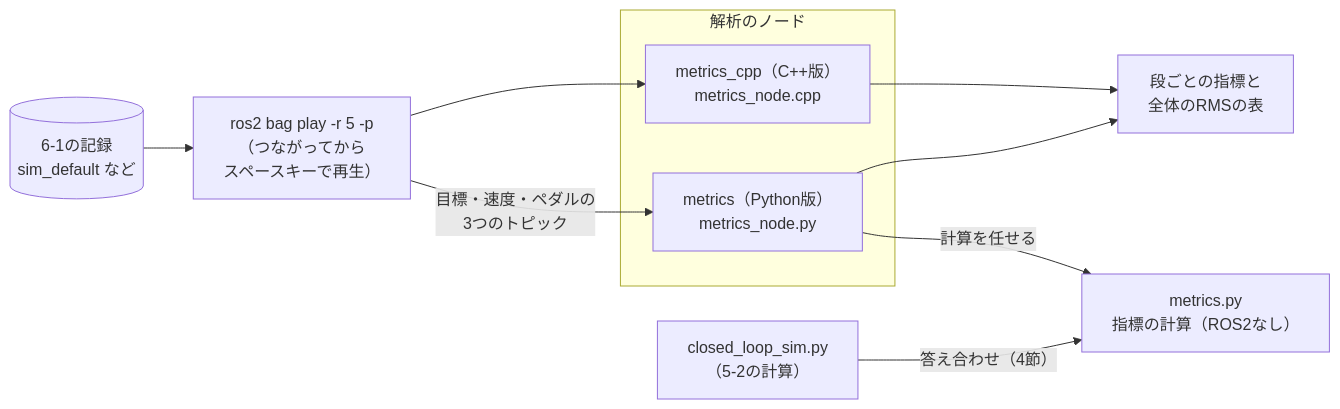
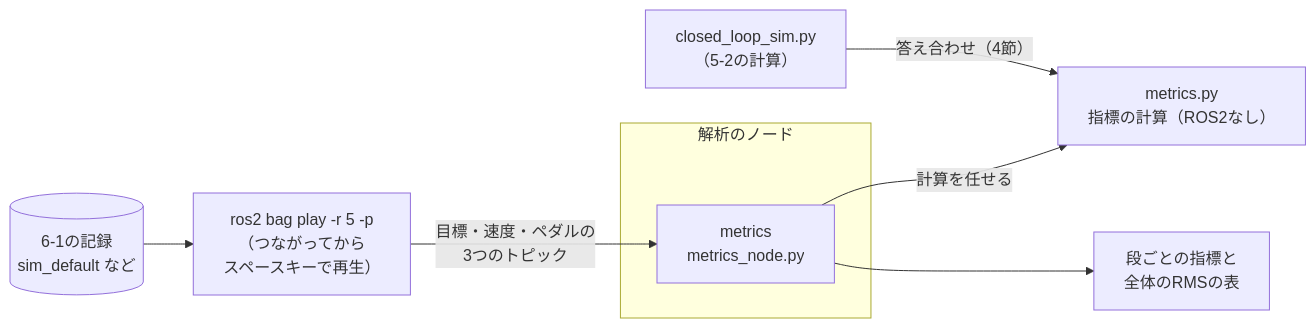
Before and after one commit to SanghunIm1991/ros2MinimalPhysicalAi: the diagram in docs/phase6_3_metrics.md, drawn with Mermaid. The commit also changed other lines of this file and 8 other files, not shown here.

Commit message:
[claude] フェーズ6-3からC++版（8節）を削り、節番号の繰り上げと全体の一貫性の見直し（2-1節の参照、フェーズ7の本筋との食い違い、図）、ほかの文書の参照・README・学習計画を更新。QA表に記録

````diff
--- a/docs/phase6_3_metrics.md
+++ b/docs/phase6_3_metrics.md
@@ -32,19 +31,16 @@
 ```mermaid
 flowchart LR
     BAG[("6-1の記録<br/>sim_default など")]
     P["ros2 bag play -r 5 -p<br/>（つながってから<br/>スペースキーで再生）"]
     subgraph N["解析のノード"]
-        PY["metrics（Python版）<br/>metrics_node.py"]
-        CPP["metrics_cpp（C++版）<br/>metrics_node.cpp"]
+        PY["metrics<br/>metrics_node.py"]
     end
     M["metrics.py<br/>指標の計算（ROS2なし）"]
     SIM["closed_loop_sim.py<br/>（5-2の計算）"]
     T["段ごとの指標と<br/>全体のRMSの表"]
     BAG --> P
     P -- "目標・速度・ペダルの<br/>3つのトピック" --> PY
-    P --> CPP
     PY -- "計算を任せる" --> M
     SIM -- "答え合わせ（4節）" --> M
     PY --> T
-    CPP --> T
 ```
````
